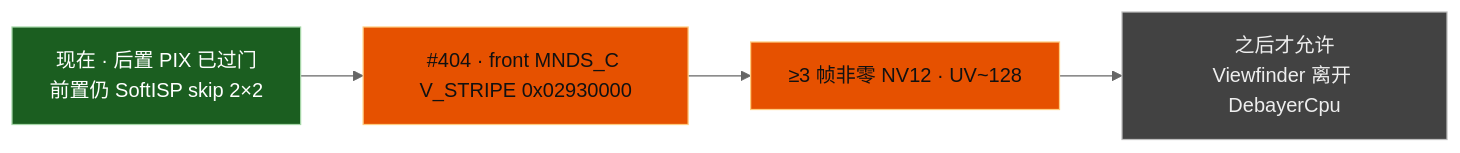
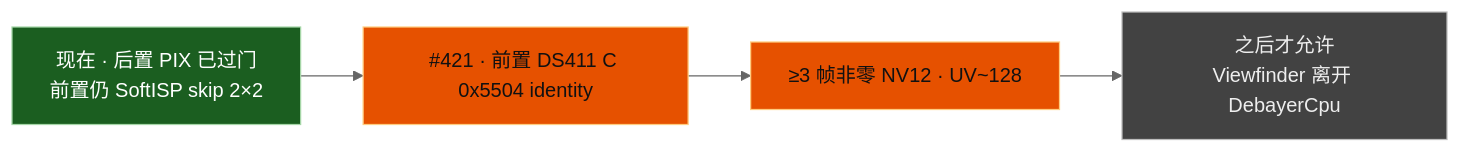
One commit to Huabin1010/dagu-mainline-linux changed the first of 5 diagrams in linux-mainline/docs/dagu-ife-pipeline-status.md. Above: the diagram before and after it, drawn with Mermaid (neutral theme). The commit also changed other lines of this file and 11 other files, not shown here.

````diff
--- a/linux-mainline/docs/dagu-ife-pipeline-status.md
+++ b/linux-mainline/docs/dagu-ife-pipeline-status.md
@@ -31,17 +31,17 @@
 ```mermaid
 flowchart LR
   NOW["现在 · 后置 PIX 已过门<br/>前置仍 SoftISP skip 2×2"]
-  CUT["#404 · front MNDS_C V_STRIPE 0x02930000"]
+  CUT["#421 · 前置 DS411 C 0x5504 identity"]
   GOAL["≥3 帧非零 NV12 · UV~128"]
   LATER["之后才允许<br/>Viewfinder 离开 DebayerCpu"]
   NOW --> CUT --> GOAL --> LATER
 
   class NOW ok
   class CUT gap
   class GOAL gap
   class LATER later
 
   classDef ok fill:#1b5e20,stroke:#a5d6a7,color:#fff
   classDef gap fill:#e65100,stroke:#ffcc80,color:#111
   classDef later fill:#424242,stroke:#bdbdbd,color:#eee
 ```
````
